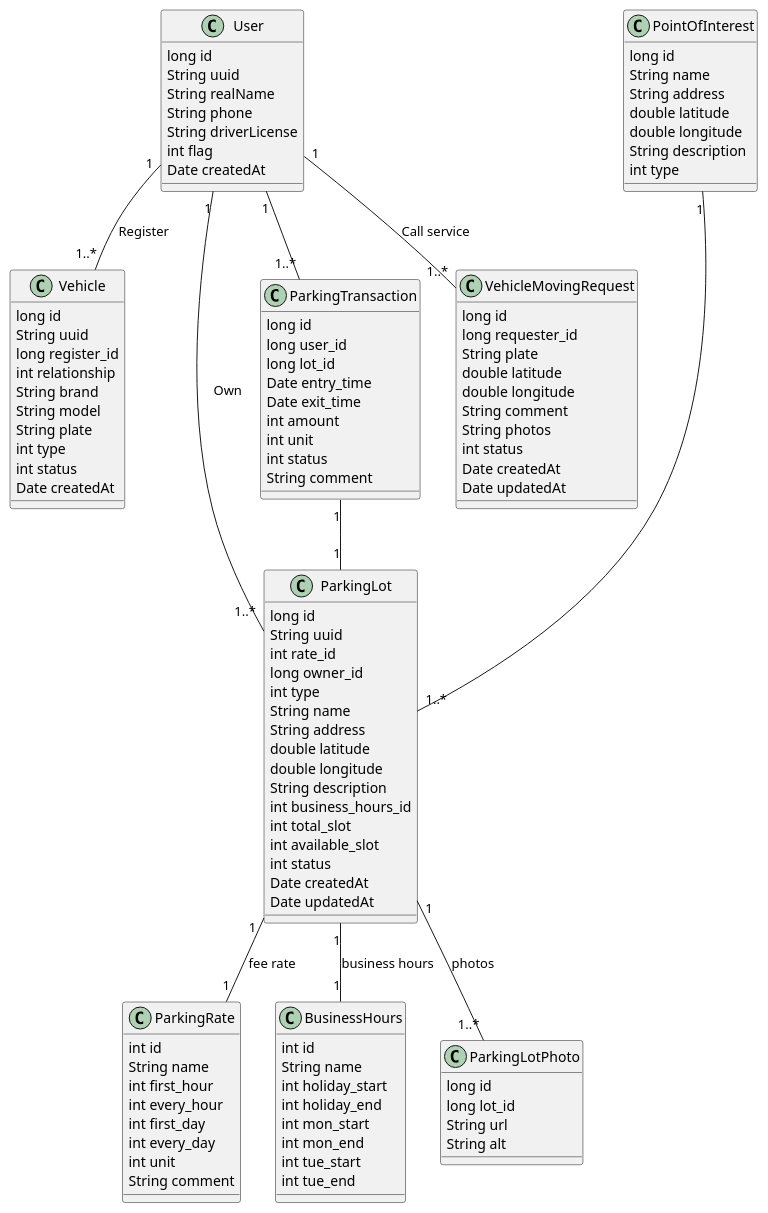
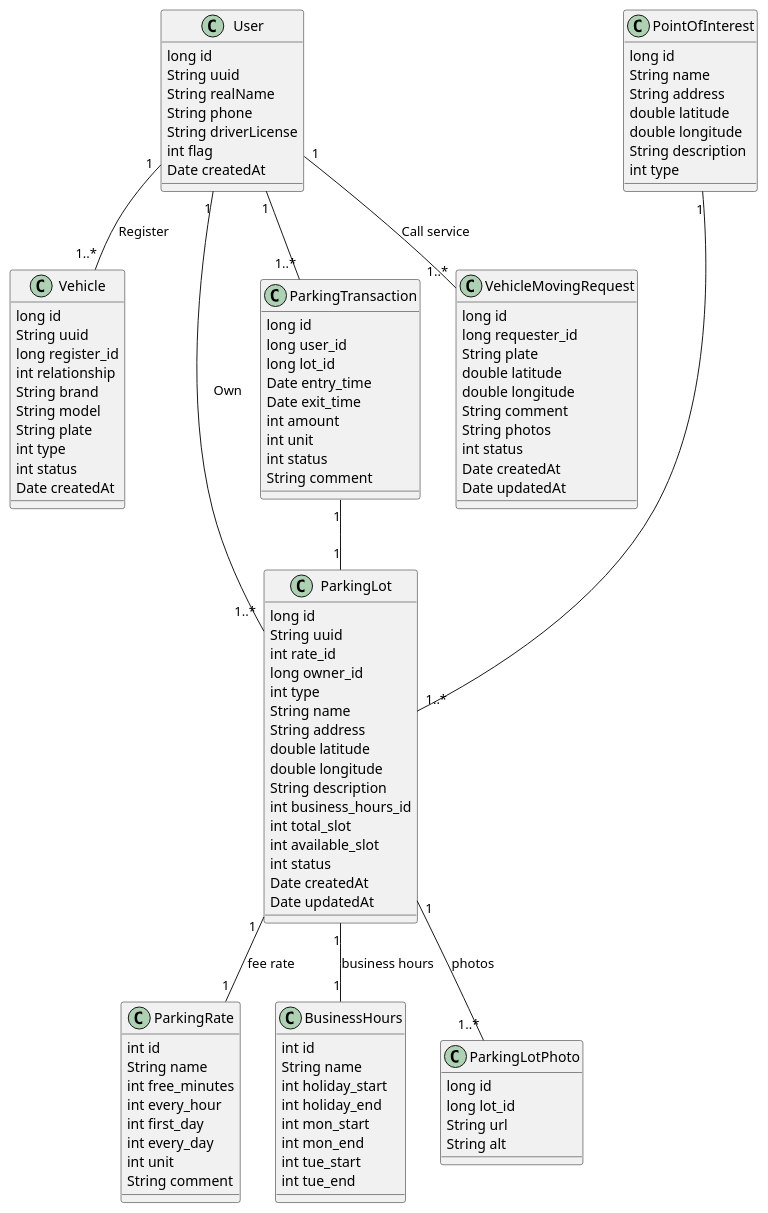
Before and after one commit to chatchatabc/davao-parking: the diagram in docs/clazz-diagram.puml, drawn with PlantUML.

Commit message:
docs: add free_minutes for parking rate

```diff
--- a/docs/clazz-diagram.puml
+++ b/docs/clazz-diagram.puml
@@ -1,123 +1,123 @@
 @startuml
 'https://plantuml.com/class-diagram
 
 class User {
  long id
  String uuid
  String realName
  String phone
  String driverLicense
  int flag
  Date createdAt
 }
 
 class Vehicle {
  long id
  String uuid
  long register_id
  int relationship
  String brand
  String model
  String plate
  int type
  int status
  Date createdAt
 }
 
 class ParkingRate {
  int id
  String name
- int first_hour
+ int free_minutes
  int every_hour
  int first_day
  int every_day
  int unit
  String comment
 }
 
 class ParkingLot {
  long id
  String uuid
  int rate_id
  long owner_id
  int type
  String name
  String address
  double latitude
  double longitude
  String description
  int business_hours_id
  int total_slot
  int available_slot
  int status
  Date createdAt
  Date updatedAt
 }
 
 class BusinessHours {
    int id
    String name
    int holiday_start
    int holiday_end
    int mon_start
    int mon_end
    int tue_start
    int tue_end
 }
 
 class ParkingLotPhoto {
  long id
  long lot_id
  String url
  String alt
 }
 
 class ParkingTransaction {
   long id
   long user_id
   long lot_id
   Date entry_time
   Date exit_time
   int amount
   int unit
   int status
   String comment
 }
 
 class PointOfInterest {
   long id
   String name
   String address
   double latitude
   double longitude
   String description
   int type
 }
 
 class VehicleMovingRequest {
    long id
    long requester_id
    String plate
    double latitude
    double longitude
    String comment
    String photos
    int status
    Date createdAt
    Date updatedAt
 }
 
 User "1" -- "1..*" Vehicle: Register
 User "1" -- "1..*" ParkingLot: Own
 User "1" -- "1..*" VehicleMovingRequest: Call service
 User "1" -- "1..*" ParkingTransaction
 ParkingTransaction "1" -- "1" ParkingLot
 
 ParkingLot "1" -- "1..*" ParkingLotPhoto: photos
 ParkingLot "1" -- "1" ParkingRate: fee rate
 ParkingLot "1" -- "1" BusinessHours: business hours
 
 PointOfInterest "1" --- "1..*" ParkingLot
 
 
 @enduml
```
